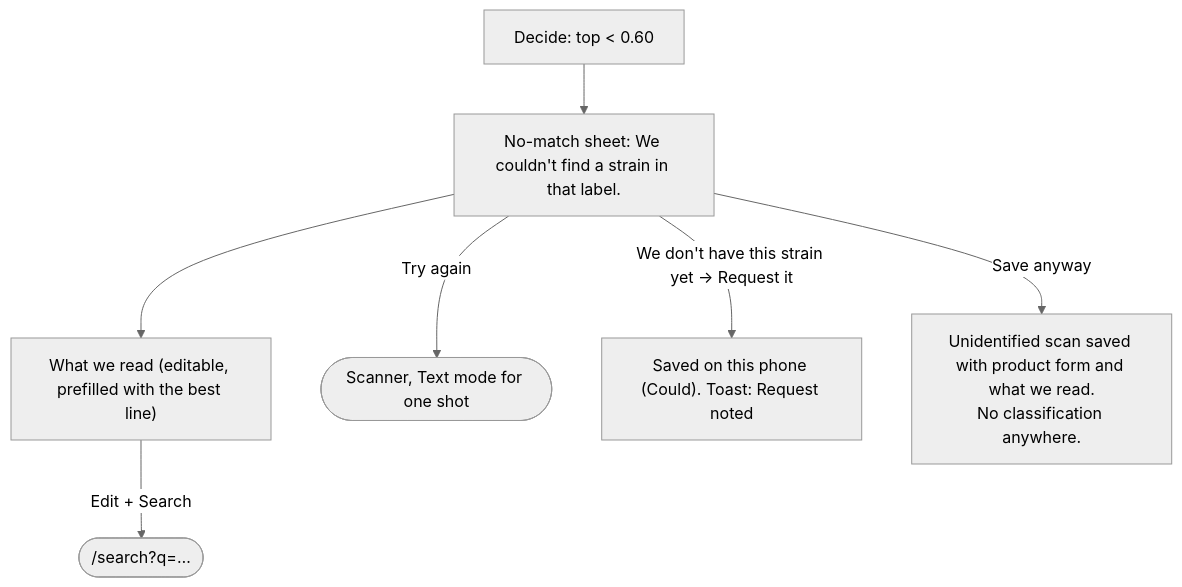
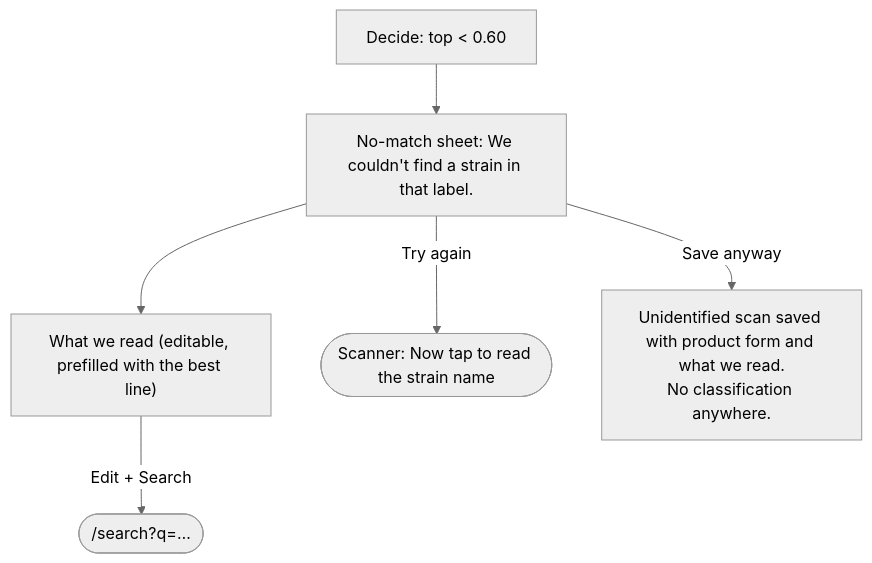
Before and after one commit to AhtomicStudio/flowerscan: the fifth of 9 diagrams in docs/design/flows.md, drawn with Mermaid (neutral theme). The commit also changed other lines of this file and 54 other files, not shown here.

````diff
--- a/docs/design/flows.md
+++ b/docs/design/flows.md
@@ -153,9 +167,8 @@
 ```mermaid
 flowchart TD
   D["Decide: top < 0.60"] --> N["No-match sheet: We couldn't find a strain in that label."]
   N --> E["What we read (editable, prefilled with the best line)"]
   E -- "Edit + Search" --> S([/search?q=…])
-  N -- "Try again" --> LIVE([Scanner, Text mode for one shot])
-  N -- "We don't have this strain yet → Request it" --> RQ["Saved on this phone (Could). Toast: Request noted"]
+  N -- "Try again" --> LIVE([Scanner: Now tap to read the strain name])
   N -- "Save anyway" --> UN["Unidentified scan saved with product form and what we read.<br/>No classification anywhere."]
 ```
````
